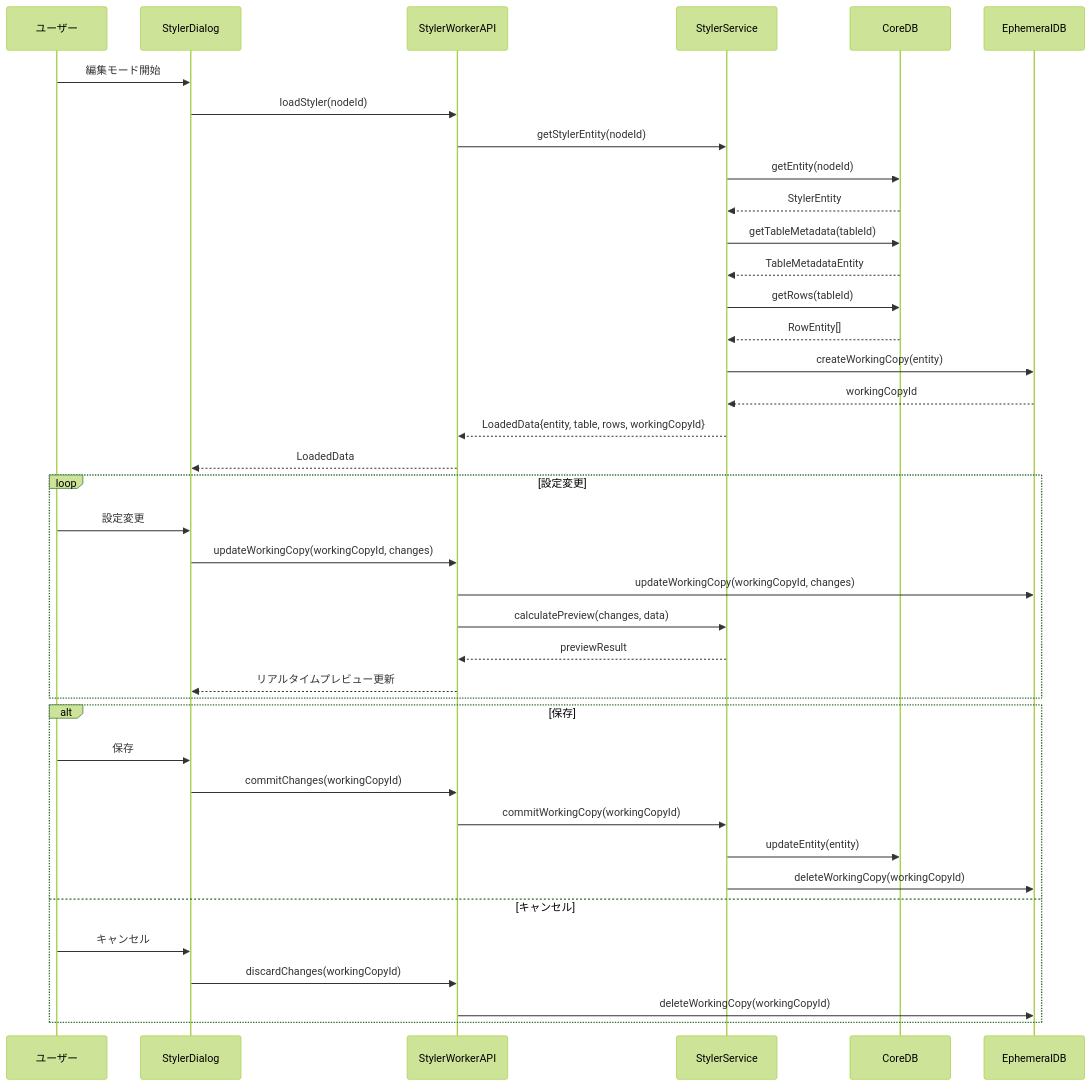
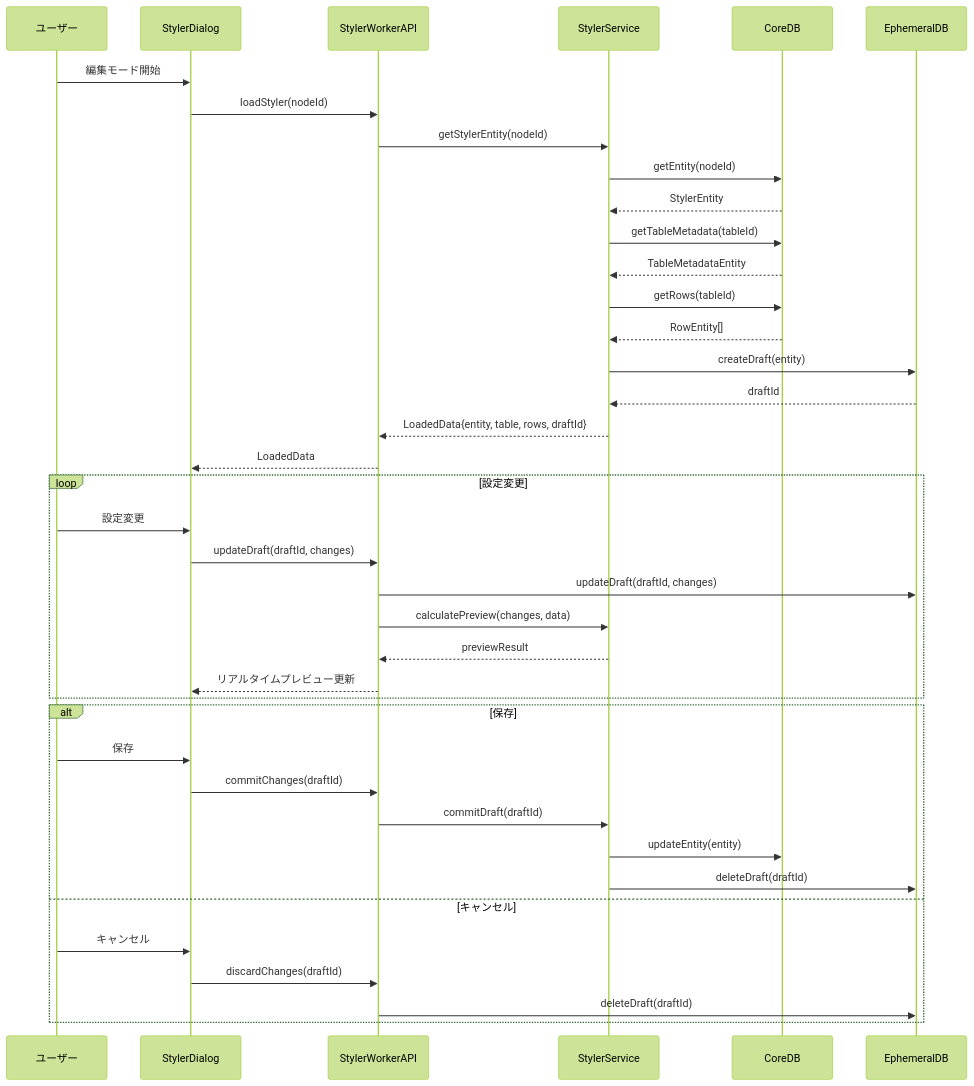
Before and after one commit to kubohiroya/hierarchidb: the third of 10 diagrams in docs/deprecated/REPORT/design/plugin-stylemap/dataflow.md, drawn with Mermaid (forest theme). The commit also changed other lines of this file and 796 other files, not shown here.

````diff
--- a/docs/deprecated/REPORT/design/plugin-stylemap/dataflow.md
+++ b/docs/deprecated/REPORT/design/plugin-stylemap/dataflow.md
@@ -120,49 +120,49 @@
 ```mermaid
 sequenceDiagram
     participant U as ユーザー
     participant UI as StylerDialog
     participant W as StylerWorkerAPI
     participant S as StylerService
     participant CoreDB as CoreDB
     participant EDB as EphemeralDB
 
     %% 既存データ読み込み
     U->>UI: 編集モード開始
     UI->>W: loadStyler(nodeId)
     W->>S: getStylerEntity(nodeId)
     S->>CoreDB: getEntity(nodeId)
     CoreDB-->>S: StylerEntity
     S->>CoreDB: getTableMetadata(tableId)
     CoreDB-->>S: TableMetadataEntity
     S->>CoreDB: getRows(tableId)
     CoreDB-->>S: RowEntity[]
     
     %% 作業コピー作成
-    S->>EDB: createWorkingCopy(entity)
-    EDB-->>S: workingCopyId
-    S-->>W: LoadedData{entity, table, rows, workingCopyId}
+    S->>EDB: createDraft(entity)
+    EDB-->>S: draftId
+    S-->>W: LoadedData{entity, table, rows, draftId}
     W-->>UI: LoadedData
 
     %% 編集処理
     loop 設定変更
         U->>UI: 設定変更
-        UI->>W: updateWorkingCopy(workingCopyId, changes)
-        W->>EDB: updateWorkingCopy(workingCopyId, changes)
+        UI->>W: updateDraft(draftId, changes)
+        W->>EDB: updateDraft(draftId, changes)
         W->>S: calculatePreview(changes, data)
         S-->>W: previewResult
         W-->>UI: リアルタイムプレビュー更新
     end
 
     %% コミット/キャンセル
     alt 保存
         U->>UI: 保存
-        UI->>W: commitChanges(workingCopyId)
-        W->>S: commitWorkingCopy(workingCopyId)
+        UI->>W: commitChanges(draftId)
+        W->>S: commitDraft(draftId)
         S->>CoreDB: updateEntity(entity)
-        S->>EDB: deleteWorkingCopy(workingCopyId)
+        S->>EDB: deleteDraft(draftId)
     else キャンセル
         U->>UI: キャンセル
-        UI->>W: discardChanges(workingCopyId)
-        W->>EDB: deleteWorkingCopy(workingCopyId)
+        UI->>W: discardChanges(draftId)
+        W->>EDB: deleteDraft(draftId)
     end
 ```
````
